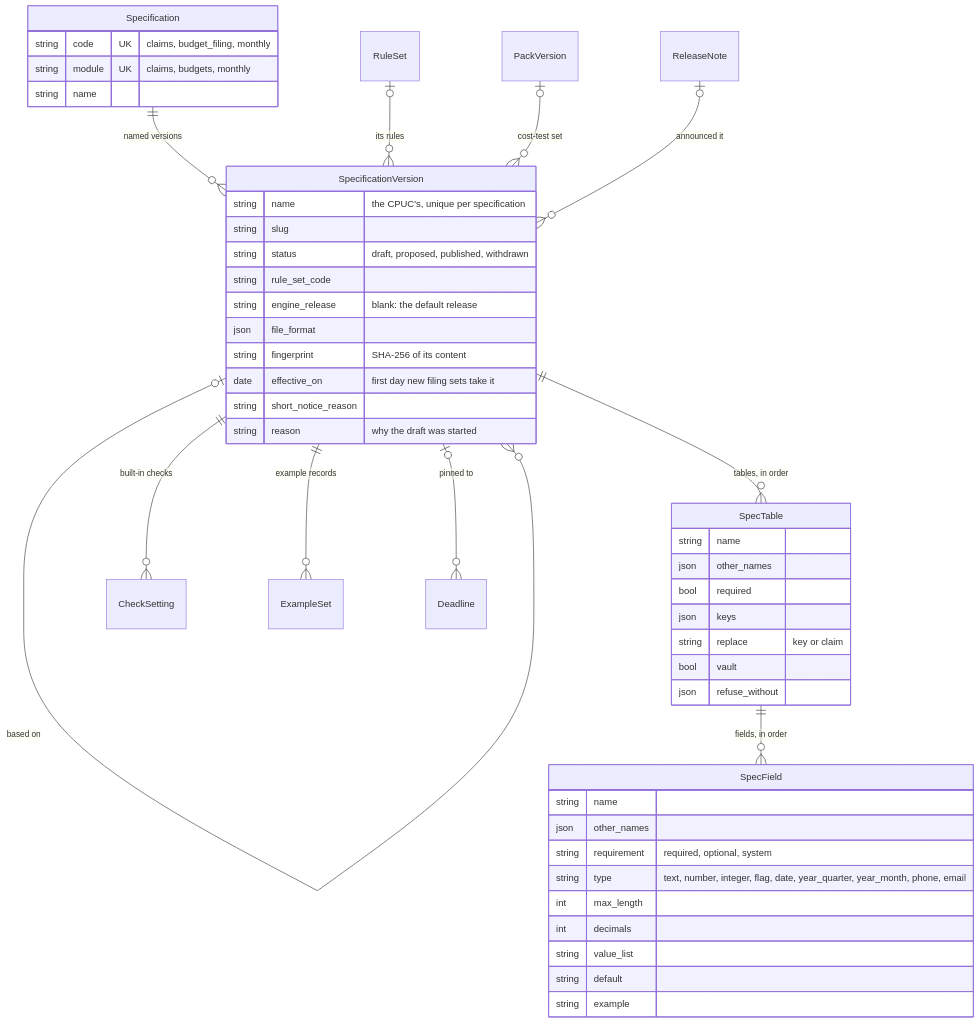
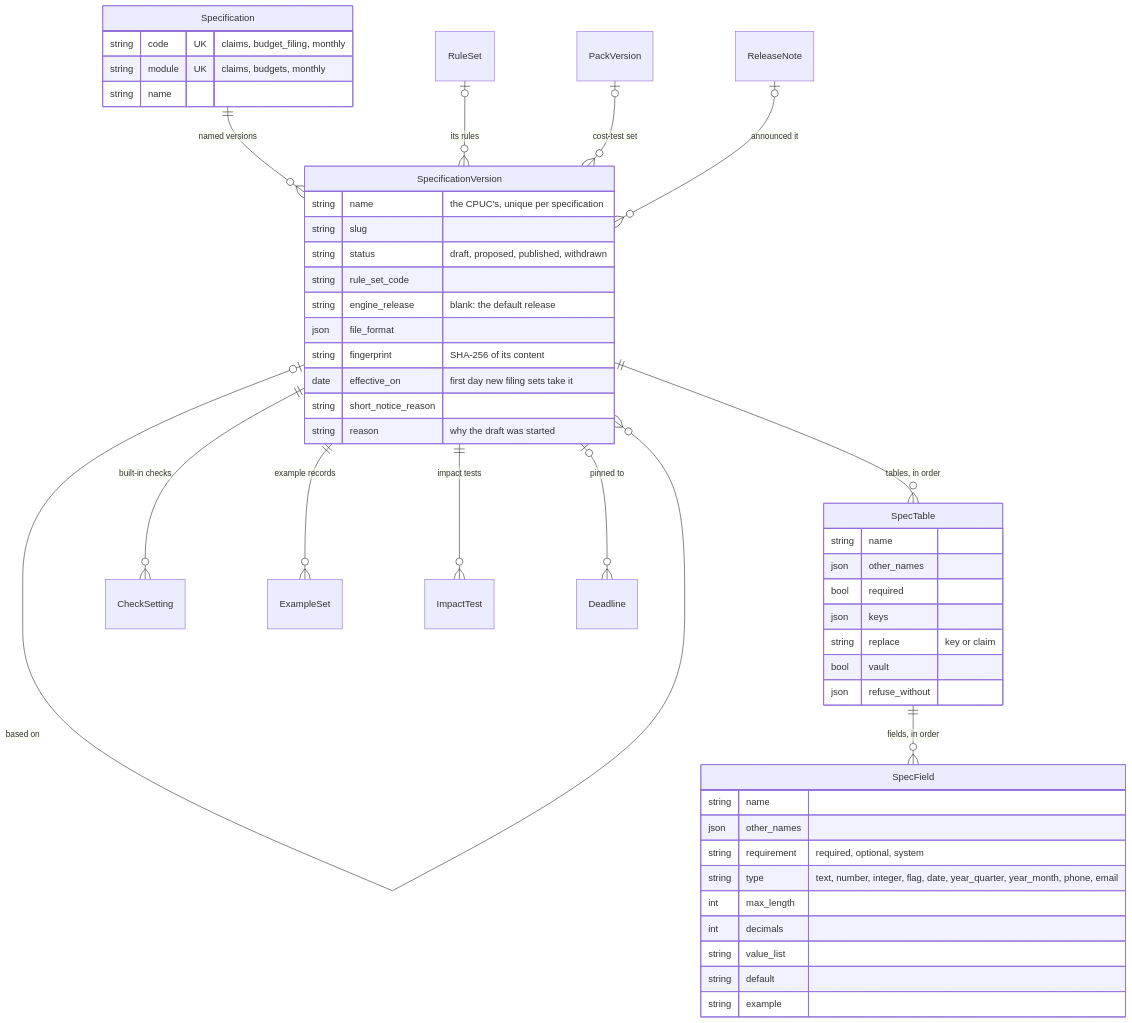
The tenth of 25 diagrams in docs/ARCHITECTURE_AS_BUILT.md (JRichardson-PGE/CEDARS-Platform), drawn with Mermaid before and after one commit. The commit also changed other lines of this file and 24 other files, not shown here.

First line of the commit message:
Filing specifications: the impact test

````diff
--- a/docs/ARCHITECTURE_AS_BUILT.md
+++ b/docs/ARCHITECTURE_AS_BUILT.md
@@ -548,50 +549,51 @@
 ```mermaid
 erDiagram
   Specification ||--o{ SpecificationVersion : "named versions"
   SpecificationVersion |o--o{ SpecificationVersion : "based on"
   SpecificationVersion ||--o{ SpecTable : "tables, in order"
   SpecTable ||--o{ SpecField : "fields, in order"
   SpecificationVersion ||--o{ CheckSetting : "built-in checks"
   SpecificationVersion ||--o{ ExampleSet : "example records"
+  SpecificationVersion ||--o{ ImpactTest : "impact tests"
   RuleSet |o--o{ SpecificationVersion : "its rules"
   PackVersion |o--o{ SpecificationVersion : "cost-test set"
   SpecificationVersion |o--o{ Deadline : "pinned to"
   ReleaseNote |o--o{ SpecificationVersion : "announced it"
   Specification {
     string code UK "claims, budget_filing, monthly"
     string module UK "claims, budgets, monthly"
     string name
   }
   SpecificationVersion {
     string name "the CPUC's, unique per specification"
     string slug
     string status "draft, proposed, published, withdrawn"
     string rule_set_code
     string engine_release "blank: the default release"
     json file_format
     string fingerprint "SHA-256 of its content"
     date effective_on "first day new filing sets take it"
     string short_notice_reason
     string reason "why the draft was started"
   }
   SpecTable {
     string name
     json other_names
     bool required
     json keys
     string replace "key or claim"
     bool vault
     json refuse_without
   }
   SpecField {
     string name
     json other_names
     string requirement "required, optional, system"
     string type "text, number, integer, flag, date, year_quarter, year_month, phone, email"
     int max_length
     int decimals
     string value_list
     string default
     string example
   }
 ```
````
